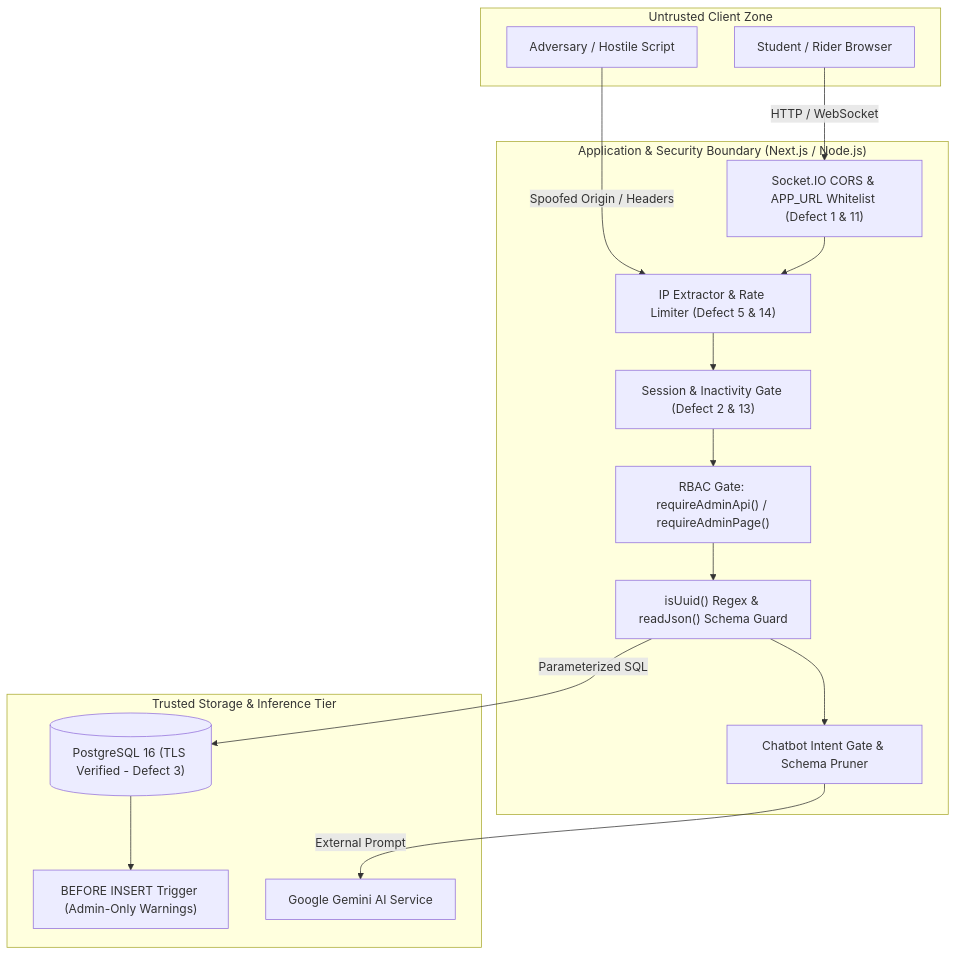
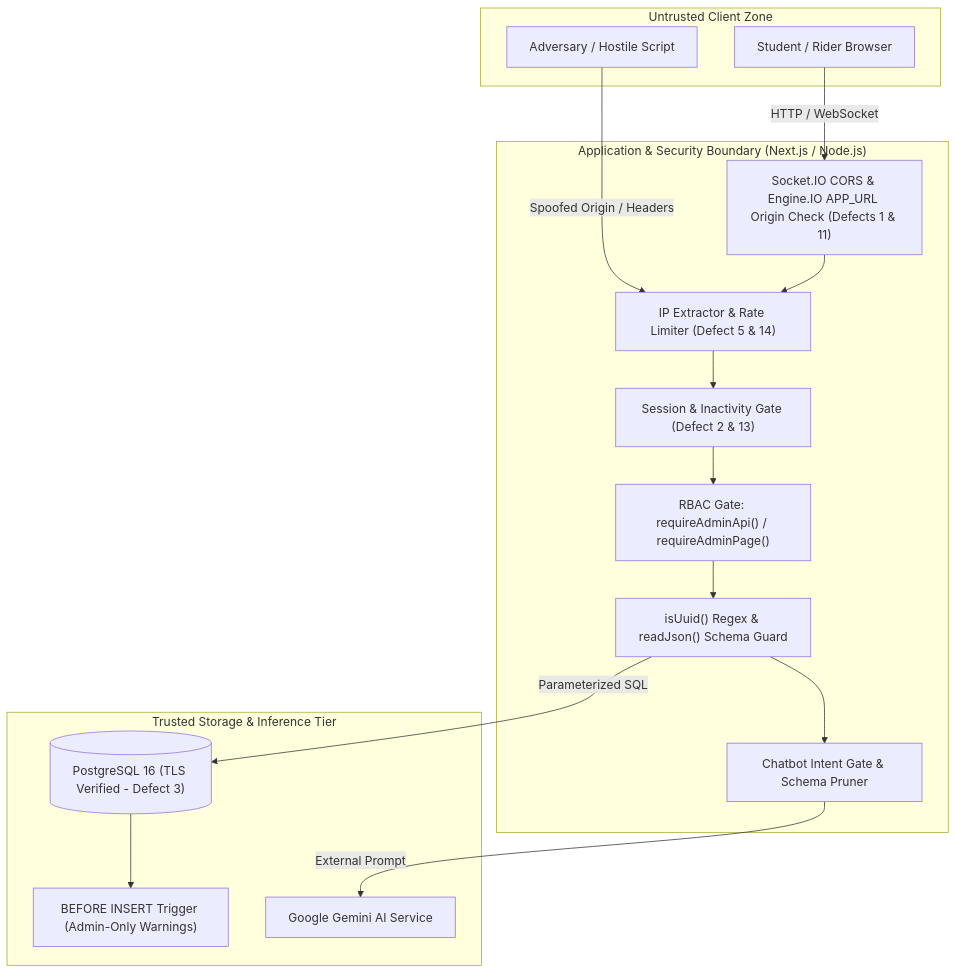
Before and after one commit to CS455-Carpooling/Campus_Ridepooling_Automation: the diagram in Deliverables/D3/security-and-threat-model-report.md, drawn with Mermaid. The commit also changed other lines of this file and 3 other files, not shown here.

````diff
--- a/Deliverables/D3/security-and-threat-model-report.md
+++ b/Deliverables/D3/security-and-threat-model-report.md
@@ -24,33 +24,33 @@
 ```mermaid
 flowchart TD
     subgraph UntrustedZone ["Untrusted Client Zone"]
         StudentClient["Student / Rider Browser"]
         MaliciousActor["Adversary / Hostile Script"]
     end
 
     subgraph EdgeZone ["Application & Security Boundary (Next.js / Node.js)"]
-        CorsGuard["Socket.IO CORS & APP_URL Whitelist (Defect 1 & 11)"]
+        CorsGuard["Socket.IO CORS & Engine.IO APP_URL Origin Check (Defects 1 & 11)"]
         IpGuard["IP Extractor & Rate Limiter (Defect 5 & 14)"]
         SessionAuth["Session & Inactivity Gate (Defect 2 & 13)"]
         RbacCheck["RBAC Gate: requireAdminApi() / requireAdminPage()"]
         InputValidator["isUuid() Regex & readJson() Schema Guard"]
         AiGuardrails["Chatbot Intent Gate & Schema Pruner"]
     end
 
     subgraph TrustedDataZone ["Trusted Storage & Inference Tier"]
         Postgres[("PostgreSQL 16 (TLS Verified - Defect 3)")]
         DbTrigger["BEFORE INSERT Trigger (Admin-Only Warnings)"]
         GeminiService["Google Gemini AI Service"]
     end
 
     StudentClient -->|HTTP / WebSocket| CorsGuard
     MaliciousActor -->|Spoofed Origin / Headers| IpGuard
     CorsGuard --> IpGuard
     IpGuard --> SessionAuth
     SessionAuth --> RbacCheck
     RbacCheck --> InputValidator
     InputValidator --> AiGuardrails
     AiGuardrails -->|External Prompt| GeminiService
     InputValidator -->|Parameterized SQL| Postgres
     Postgres --> DbTrigger
 ```
````
